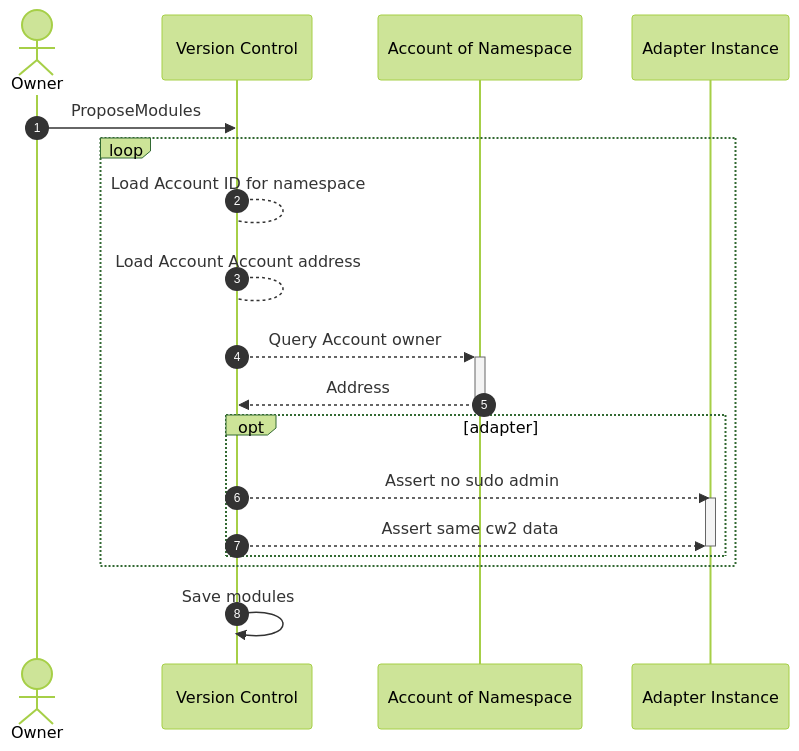
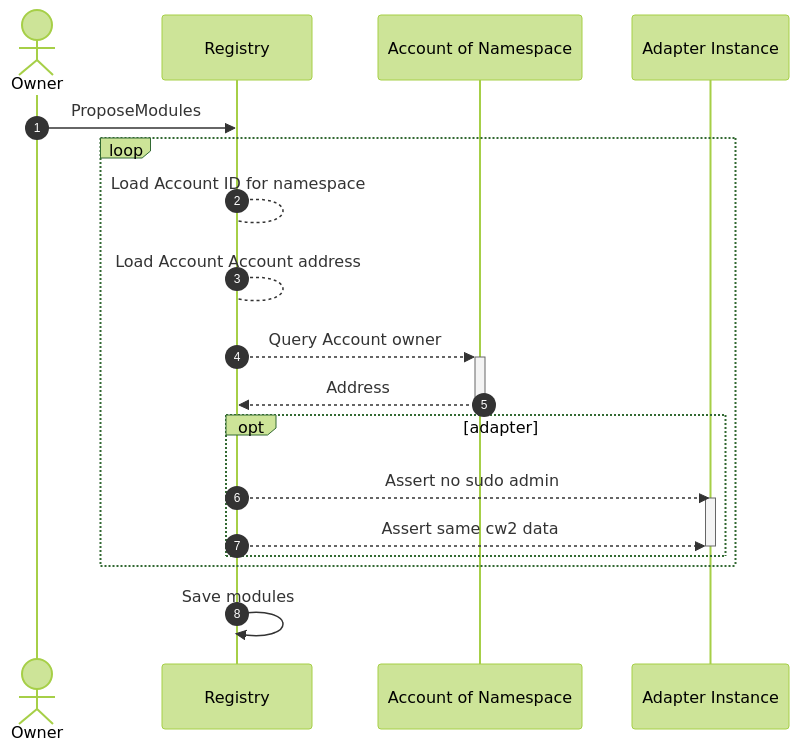
One commit to AbstractSDK/abstract changed the diagram in framework/docs/src/5_platform/2_registry.md. Above: the diagram before and after it, drawn with Mermaid (forest theme). The commit also changed other lines of this file and 14 other files, not shown here.

Commit message:
rename all references to version control to registry in docs

````diff
--- a/framework/docs/src/5_platform/2_registry.md
+++ b/framework/docs/src/5_platform/2_registry.md
@@ -25,29 +25,29 @@
 ```mermaid
 sequenceDiagram
     autonumber
     actor U as Owner
 
-    participant VC as Version Control
+    participant REG as Registry
     participant Acc as Account of Namespace
     participant M as Adapter Instance
 
-    U ->> VC: ProposeModules
+    U ->> REG: ProposeModules
 
     loop
 
-        VC --> VC: Load Account ID for namespace
-        VC --> VC: Load Account Account address
-        VC -->>+ Acc: Query Account owner
-        Acc -->>- VC: Address
+        REG --> REG: Load Account ID for namespace
+        REG --> REG: Load Account Account address
+        REG -->>+ Acc: Query Account owner
+        Acc -->>- REG: Address
 
         opt adapter
-            VC -->> M: Assert no sudo admin
+            REG -->> M: Assert no sudo admin
             activate M
-            VC -->> M: Assert same cw2 data
+            REG -->> M: Assert same cw2 data
             deactivate M
         end
 
     end
-    VC ->> VC: Save modules
+    REG ->> REG: Save modules
 
 ```
````
